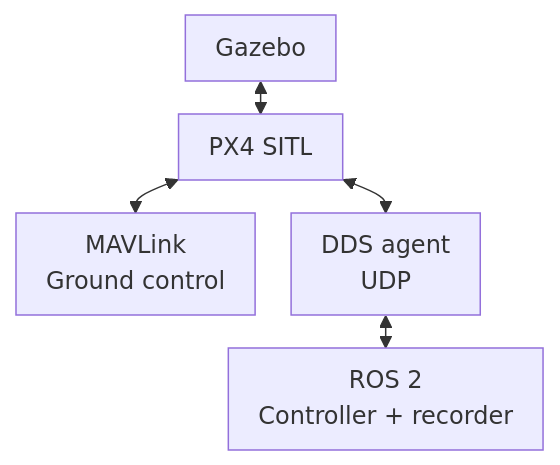
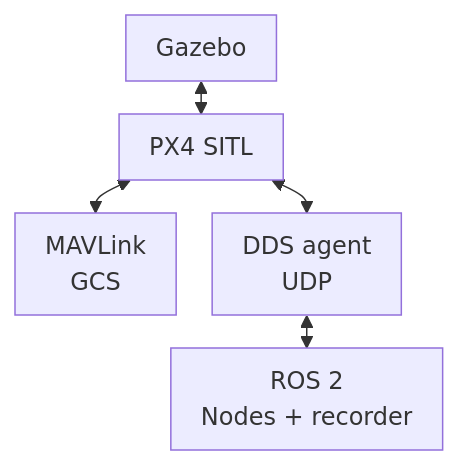
Before and after one commit to ANCL/px4-dev-toolkit: the diagram in docs/environments/sitl.md, drawn with Mermaid. The commit also changed other lines of this file and 31 other files, not shown here.

````diff
--- a/docs/environments/sitl.md
+++ b/docs/environments/sitl.md
@@ -13,16 +15,16 @@
 ```mermaid
 ---
 config:
   flowchart:
-    useMaxWidth: false
+    useMaxWidth: true
     wrappingWidth: 180
     padding: 10
     rankSpacing: 22
     nodeSpacing: 24
 ---
 flowchart TB
     G["Gazebo"] <--> P["PX4 SITL"]
-    P <--> M["MAVLink<br/>Ground control"]
+    P <--> M["MAVLink<br/>GCS"]
     P <--> X["DDS agent<br/>UDP"]
-    X <--> R["ROS 2<br/>Controller + recorder"]
+    X <--> R["ROS 2<br/>Nodes + recorder"]
 ```
````
